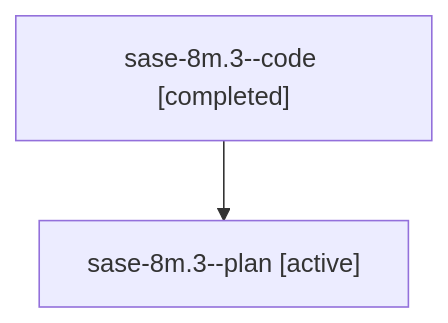
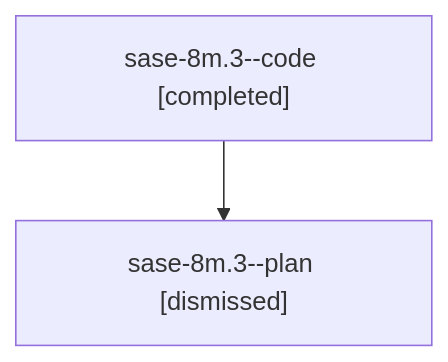
The diagram in sessions/bbugyi200.athena.sase-8m.3.md (sase-org/sase--agents), drawn with Mermaid before and after one commit. The commit also changed other lines of this file and 79 other files, not shown here.

````diff
--- a/sessions/bbugyi200.athena.sase-8m.3.md
+++ b/sessions/bbugyi200.athena.sase-8m.3.md
@@ -9,6 +9,6 @@
 ```mermaid
 flowchart TD
   n0["sase-8m.3--code [completed]"]
-  n1["sase-8m.3--plan [active]"]
+  n1["sase-8m.3--plan [dismissed]"]
   n0 --> n1
 ```
````
